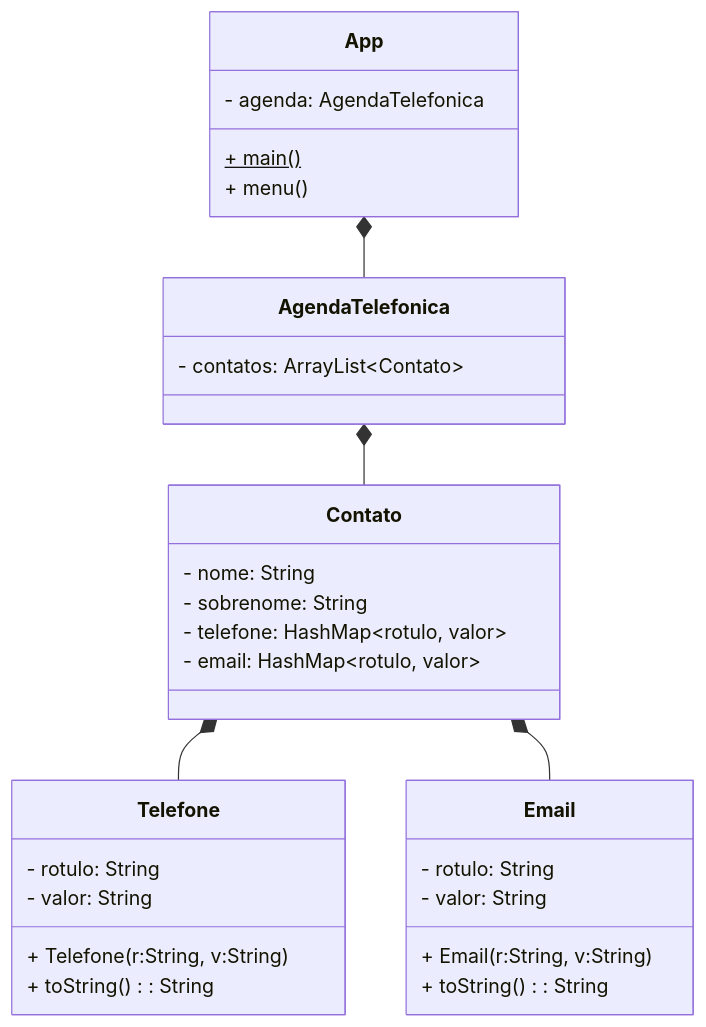
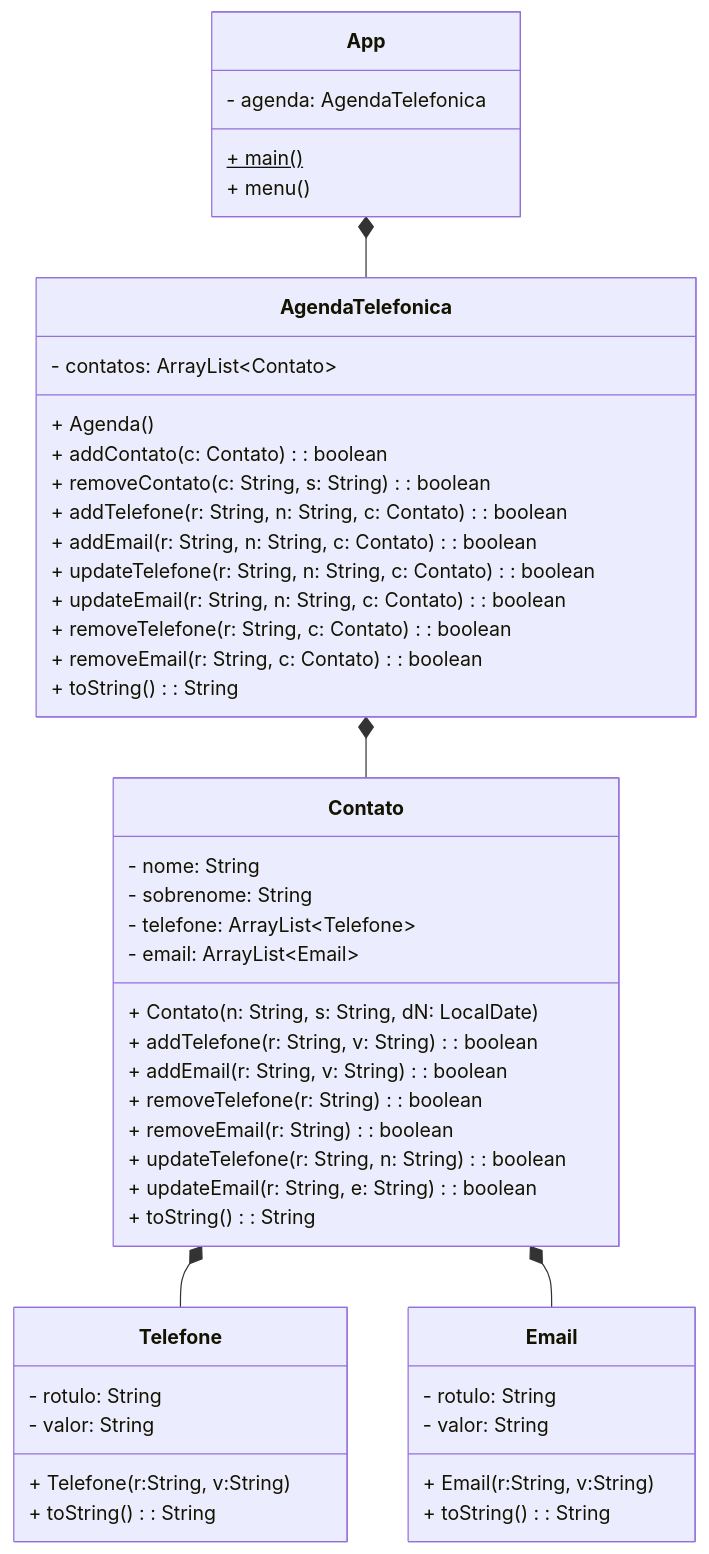
Before and after one commit to guess3r/POO-Aulas: the diagram in Aula14-05-12/readme.md, drawn with Mermaid. The commit also changed 3 other files, not shown here.

Commit message:
Continuando criação do programa Contato, feito metodo de adicionar telefone e email

````diff
--- a/Aula14-05-12/readme.md
+++ b/Aula14-05-12/readme.md
@@ -3,39 +3,57 @@
 ```mermaid
 classDiagram
     
     class App{
         - agenda: AgendaTelefonica
         + main()$
         + menu()
     }
     
     class AgendaTelefonica{
         - contatos: ArrayList~Contato~
+        + Agenda()
+        + addContato(c: Contato): boolean
+        + removeContato(c: String, s: String): boolean
+        + addTelefone(r: String, n: String, c: Contato): boolean
+        + addEmail(r: String, n: String, c: Contato): boolean
+        + updateTelefone(r: String, n: String, c: Contato): boolean
+        + updateEmail(r: String, n: String, c: Contato): boolean
+        + removeTelefone(r: String, c: Contato): boolean
+        + removeEmail(r: String, c: Contato): boolean
+        + toString(): String
     }
     
     class Contato{
         - nome: String
         - sobrenome: String
-        - telefone: HashMap~rotulo, valor~
-        - email: HashMap~rotulo, valor~
+        - telefone: ArrayList~Telefone~
+        - email: ArrayList~Email~
+        + Contato(n: String, s: String, dN: LocalDate)
+        + addTelefone(r: String, v: String): boolean
+        + addEmail(r: String, v: String): boolean
+        + removeTelefone(r: String): boolean
+        + removeEmail(r: String): boolean
+        + updateTelefone(r: String, n: String): boolean
+        + updateEmail(r: String, e: String): boolean
+        + toString(): String
     }
     
     class Telefone{
         - rotulo: String
         - valor: String 
         + Telefone(r:String, v:String)
         + toString(): String
     }
     
     class Email{
         - rotulo: String
         - valor: String
         + Email(r:String, v:String)
         + toString(): String
     }
     
     AgendaTelefonica *-- Contato
     Contato *-- Telefone
     Contato *-- Email
     App *-- AgendaTelefonica
 ```
````
